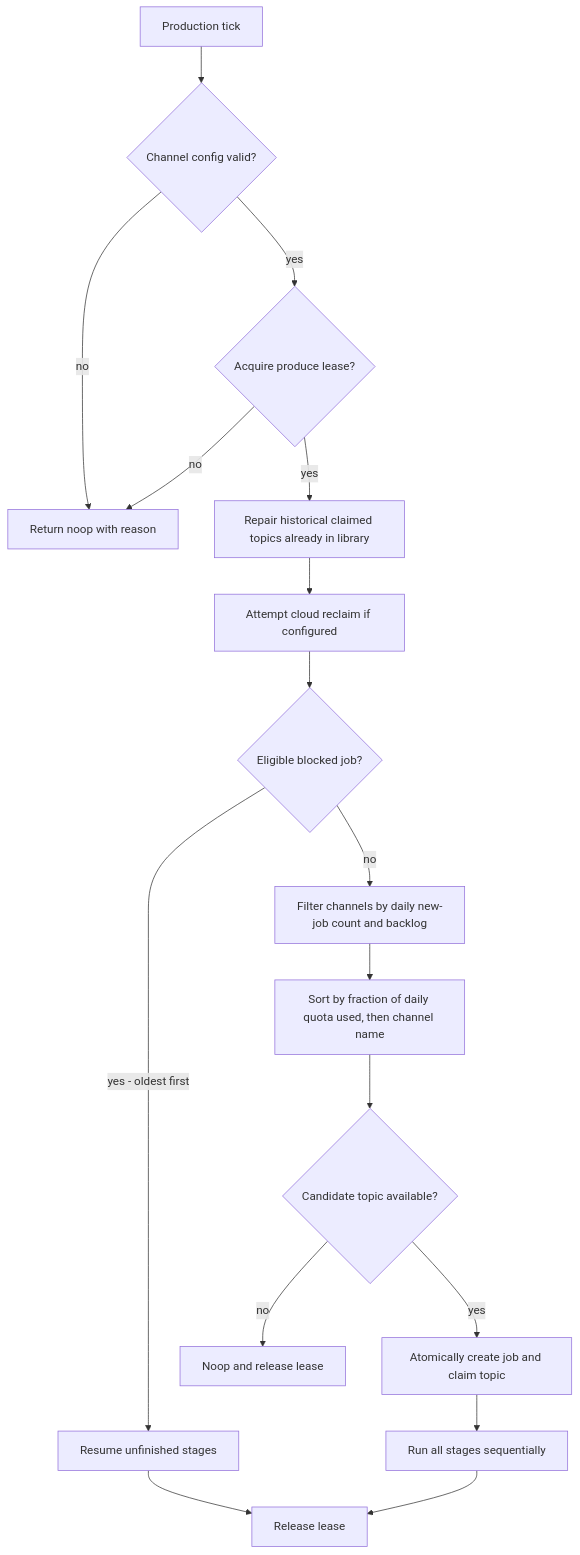
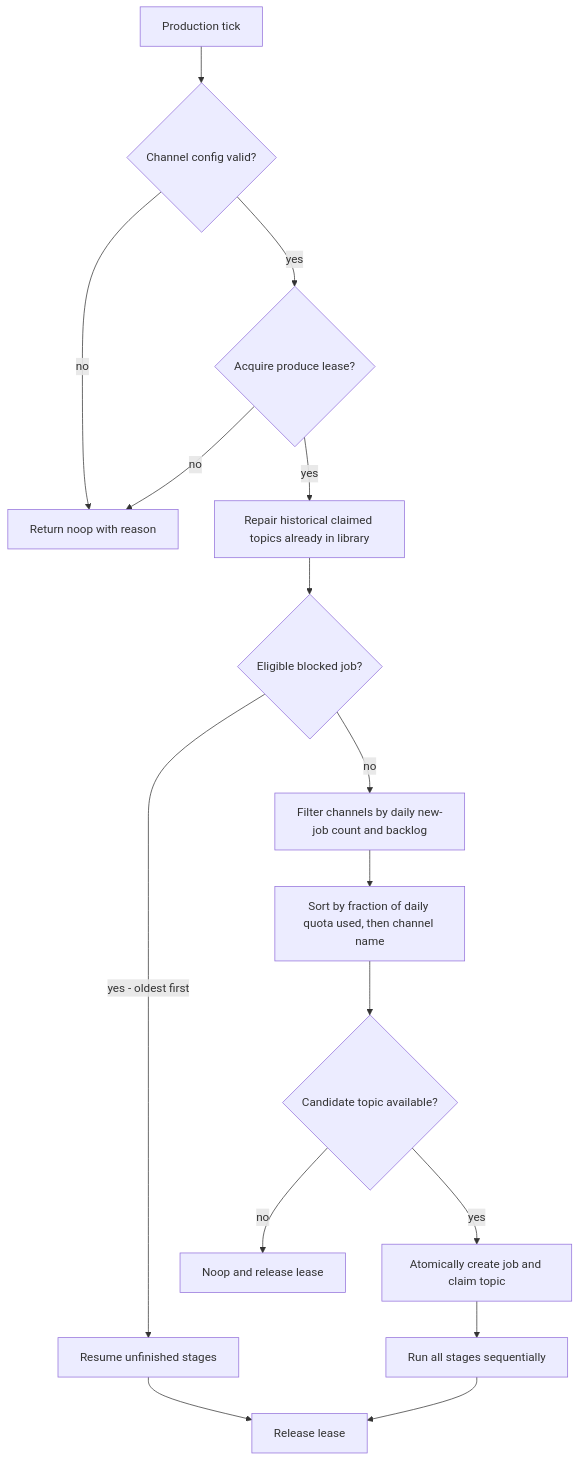
One commit to AlexMorrow239/contentd-system changed the third of 7 diagrams in docs/system-architecture.md. Above: the diagram before and after it, drawn with Mermaid. The commit also changed other lines of this file and 31 other files, not shown here.

````diff
--- a/docs/system-architecture.md
+++ b/docs/system-architecture.md
@@ -114,19 +109,18 @@
 ```mermaid
 flowchart TD
   Tick[Production tick] --> Config{Channel config valid?}
   Config -->|no| Noop[Return noop with reason]
   Config -->|yes| Lease{Acquire produce lease?}
   Lease -->|no| Noop
   Lease -->|yes| Repair[Repair historical claimed topics already in library]
-  Repair --> Reclaim[Attempt cloud reclaim if configured]
-  Reclaim --> Resume{Eligible blocked job?}
+  Repair --> Resume{Eligible blocked job?}
   Resume -->|yes - oldest first| Run[Resume unfinished stages]
   Resume -->|no| Channels[Filter channels by daily new-job count and backlog]
   Channels --> Fair[Sort by fraction of daily quota used, then channel name]
   Fair --> Topic{Candidate topic available?}
   Topic -->|no| NoopRelease[Noop and release lease]
   Topic -->|yes| Claim[Atomically create job and claim topic]
   Claim --> Execute[Run all stages sequentially]
   Run --> Release[Release lease]
   Execute --> Release
 ```
````
